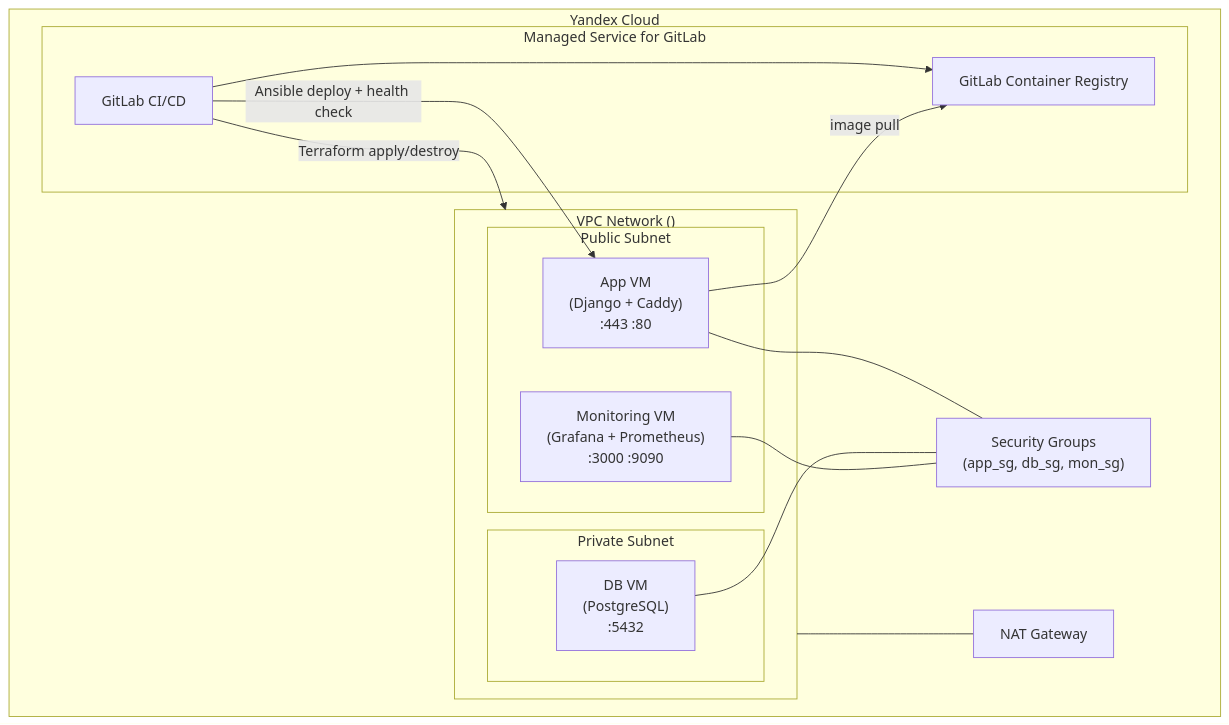
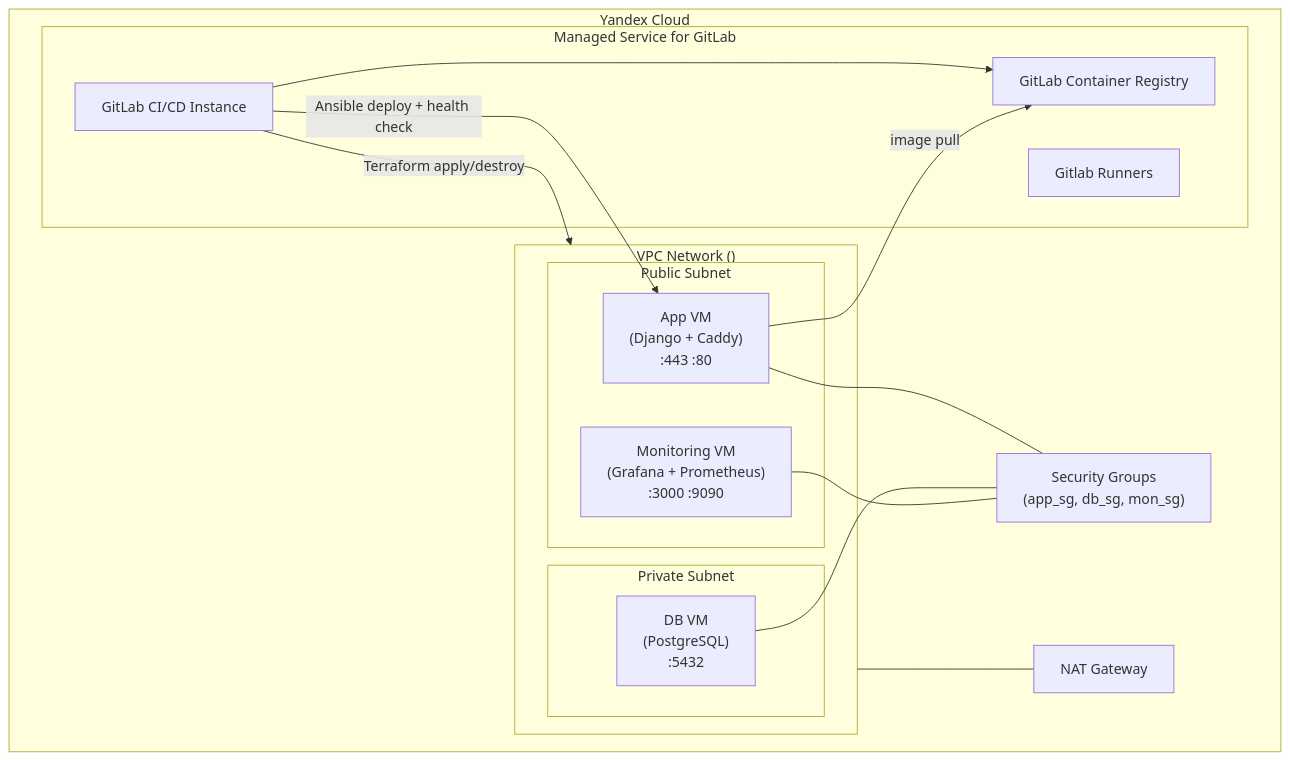
The first of 2 diagrams in README.md (AlexeyKuzko/devops_diploma), drawn with Mermaid before and after one commit. The commit also changed other lines of this file, not shown here.

````diff
--- a/README.md
+++ b/README.md
@@ -70,40 +73,39 @@
 ```mermaid
 flowchart TB
-
 subgraph YC["Yandex Cloud"]
-
 subgraph GITLAB["Managed Service for GitLab"]
-GL["GitLab CI/CD"]
-REG["GitLab Container Registry"]
-GL --> REG
+G1["GitLab CI/CD Instance"]
+G2["GitLab Container Registry"]
+G3["Gitlab Runners"]
+G1 --> G2
 end
 
 subgraph VPC["VPC Network (<env>)"]
 
 subgraph PUBLIC["Public Subnet"]
 APP["App VM<br/>(Django + Caddy)<br/>:443 :80"]
 MON["Monitoring VM<br/>(Grafana + Prometheus)<br/>:3000 :9090"]
 end
 
 subgraph PRIVATE["Private Subnet"]
 DB["DB VM<br/>(PostgreSQL)<br/>:5432"]
 end
 
 end
 
 SG["Security Groups<br/>(app_sg, db_sg, mon_sg)"]
 
 APP --- SG
 DB --- SG
 MON --- SG
 
 NAT["NAT Gateway"]
 
 VPC --- NAT
 
-GL -->|Terraform apply/destroy| VPC
-GL -->|Ansible deploy + health check| APP
-APP -->|image pull| REG
+G1 -->|Terraform apply/destroy| VPC
+G1 -->|Ansible deploy + health check| APP
+APP -->|image pull| G2
 
 end
 ```
````
